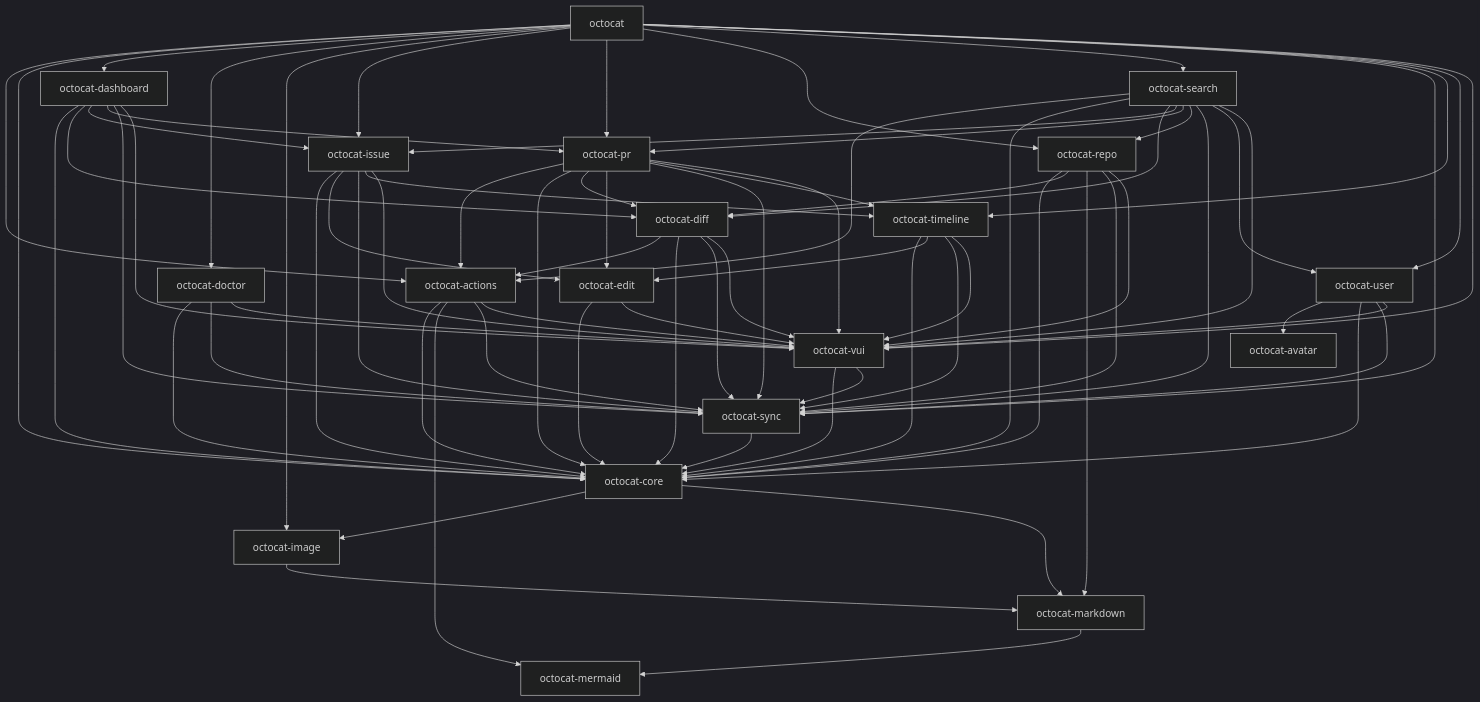
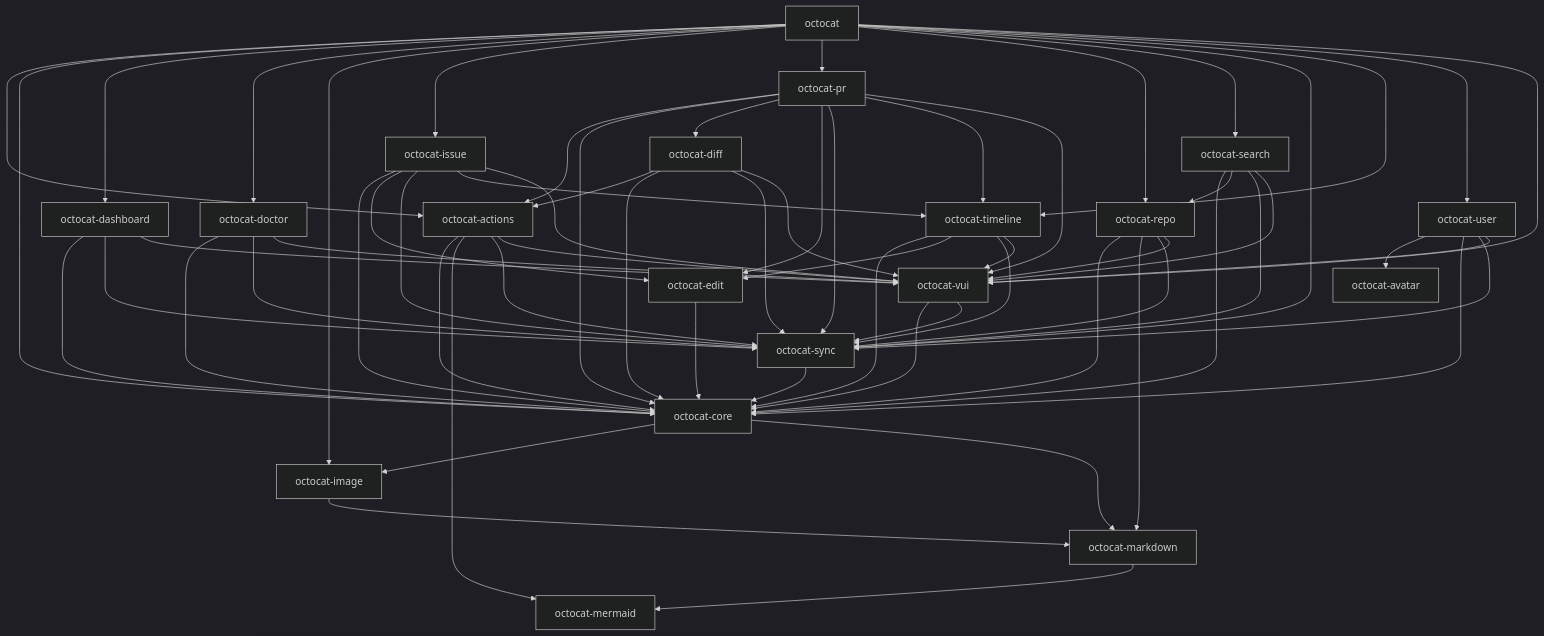
Before and after one commit to razzmatazz/octocat.el: the first of 2 diagrams in docs/architecture.md, drawn with Mermaid (dark theme). The commit also changed other lines of this file and 16 other files, not shown here.

```diff
--- a/docs/architecture.md
+++ b/docs/architecture.md
@@ -89,9 +90,6 @@
   octocat_core --> octocat_image
   octocat_core --> octocat_markdown
   octocat_dashboard --> octocat_core
-  octocat_dashboard --> octocat_diff
-  octocat_dashboard --> octocat_issue
-  octocat_dashboard --> octocat_pr
   octocat_dashboard --> octocat_sync
   octocat_dashboard --> octocat_vui
   octocat_diff --> octocat_actions
@@ -102,7 +100,6 @@
   octocat_doctor --> octocat_sync
   octocat_doctor --> octocat_vui
   octocat_edit --> octocat_core
-  octocat_edit --> octocat_vui
   octocat_image --> octocat_markdown
   octocat_issue --> octocat_core
   octocat_issue --> octocat_edit
@@ -118,18 +115,12 @@
   octocat_pr --> octocat_timeline
   octocat_pr --> octocat_vui
   octocat_repo --> octocat_core
-  octocat_repo --> octocat_diff
   octocat_repo --> octocat_markdown
   octocat_repo --> octocat_sync
   octocat_repo --> octocat_vui
-  octocat_search --> octocat_actions
   octocat_search --> octocat_core
-  octocat_search --> octocat_diff
-  octocat_search --> octocat_issue
-  octocat_search --> octocat_pr
   octocat_search --> octocat_repo
   octocat_search --> octocat_sync
-  octocat_search --> octocat_user
   octocat_search --> octocat_vui
   octocat_sync --> octocat_core
   octocat_timeline --> octocat_core
```
